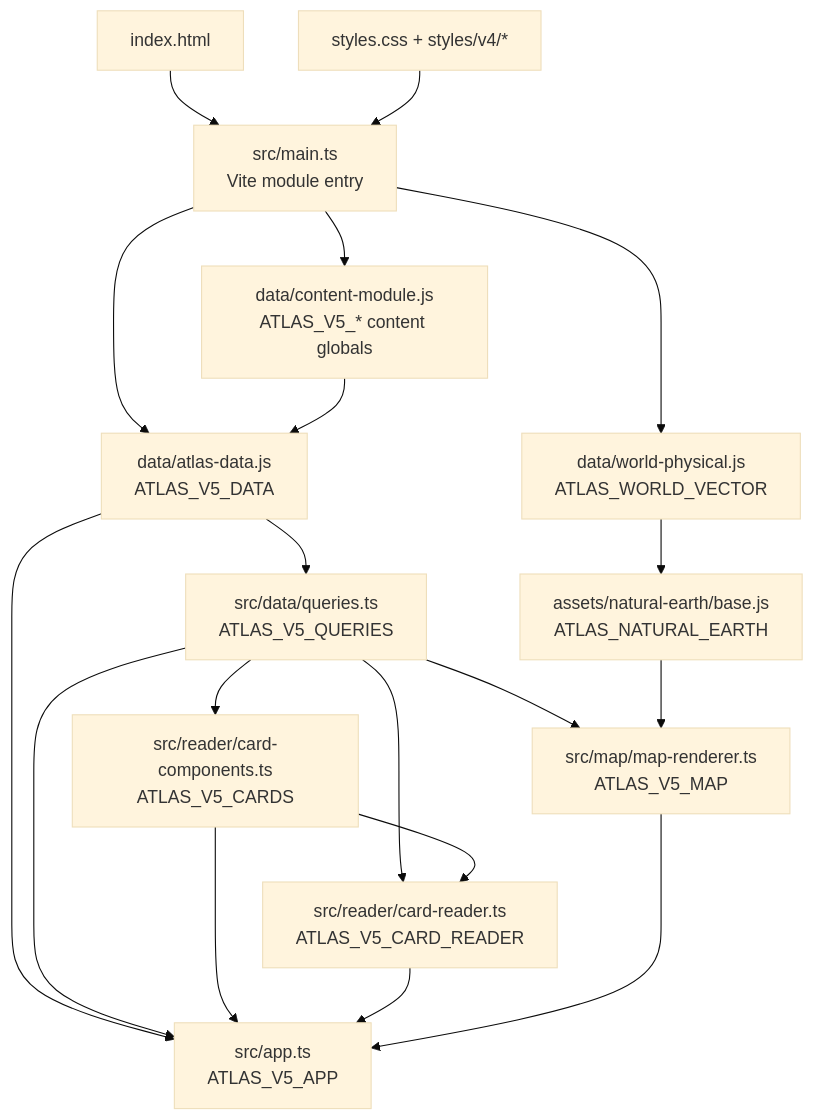
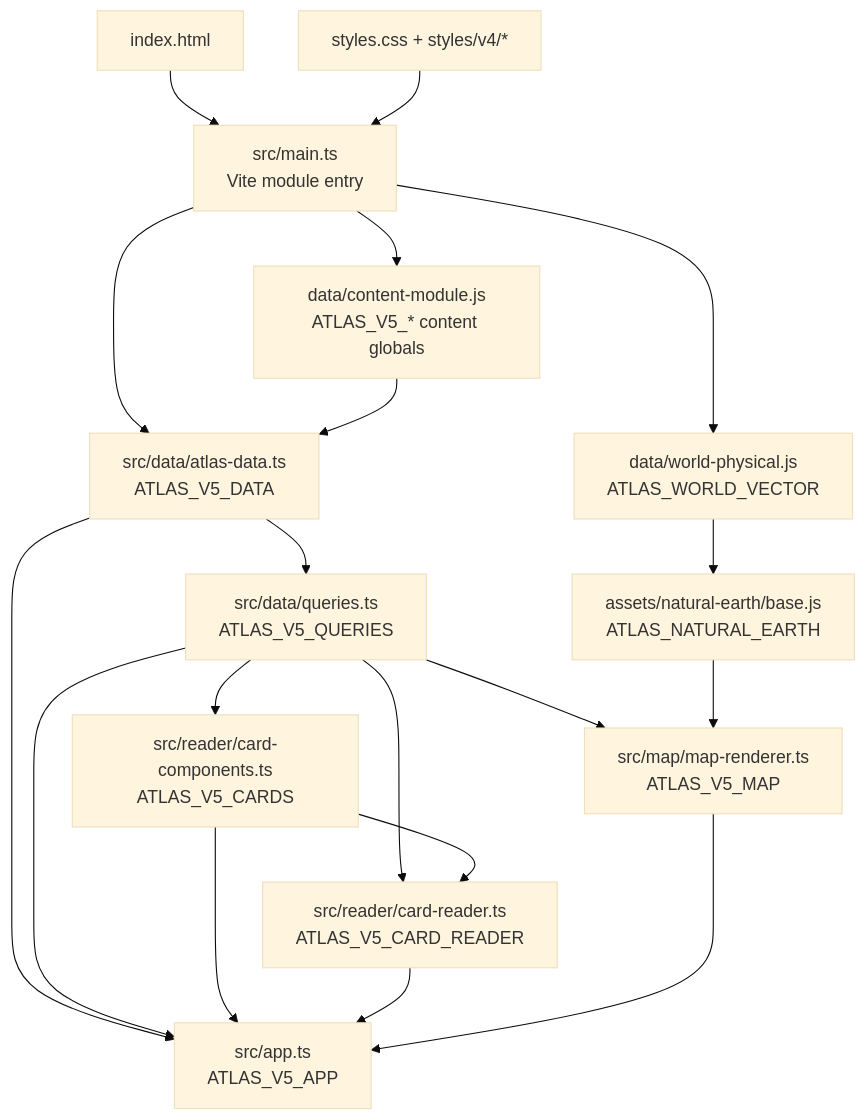
The first of 4 diagrams in docs/ARCHITECTURE_AND_DATA_MODEL.md (jiaxun-li/civilization-wander), drawn with Mermaid (base theme) before and after one commit. The commit also changed other lines of this file and 28 other files, not shown here.

````diff
--- a/docs/ARCHITECTURE_AND_DATA_MODEL.md
+++ b/docs/ARCHITECTURE_AND_DATA_MODEL.md
@@ -35,21 +35,21 @@
 ```mermaid
 flowchart TD
     HTML["index.html"] --> ENTRY["src/main.ts\nVite module entry"]
     ENTRY --> WP["data/world-physical.js\nATLAS_WORLD_VECTOR"]
     ENTRY --> CM["data/content-module.js\nATLAS_V5_* content globals"]
-    ENTRY --> D["data/atlas-data.js\nATLAS_V5_DATA"]
+    ENTRY --> D["src/data/atlas-data.ts\nATLAS_V5_DATA"]
     CM --> D
     D --> Q["src/data/queries.ts\nATLAS_V5_QUERIES"]
     Q --> C["src/reader/card-components.ts\nATLAS_V5_CARDS"]
     Q --> R["src/reader/card-reader.ts\nATLAS_V5_CARD_READER"]
     C --> R
     WP --> B["assets/natural-earth/base.js\nATLAS_NATURAL_EARTH"]
     Q --> M["src/map/map-renderer.ts\nATLAS_V5_MAP"]
     B --> M
     D --> A["src/app.ts\nATLAS_V5_APP"]
     Q --> A
     C --> A
     R --> A
     M --> A
     CSS["styles.css + styles/v4/*"] --> ENTRY
 ```
````
